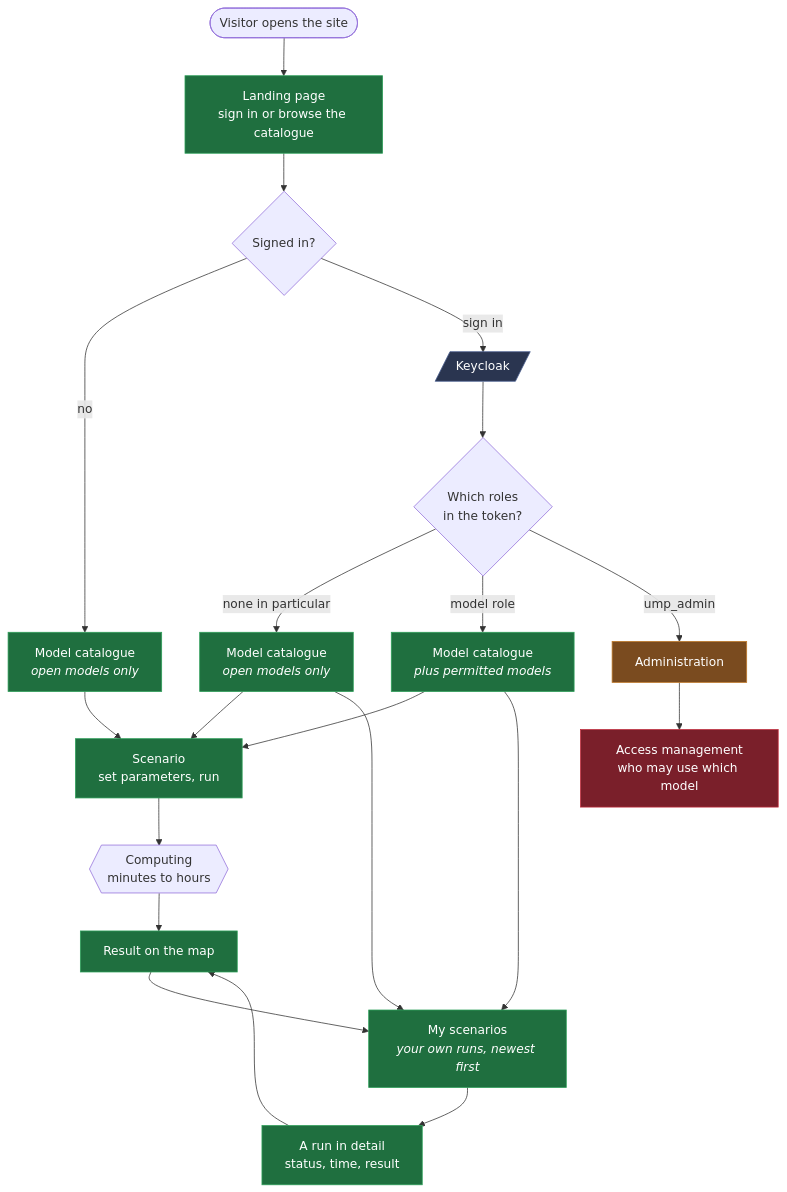
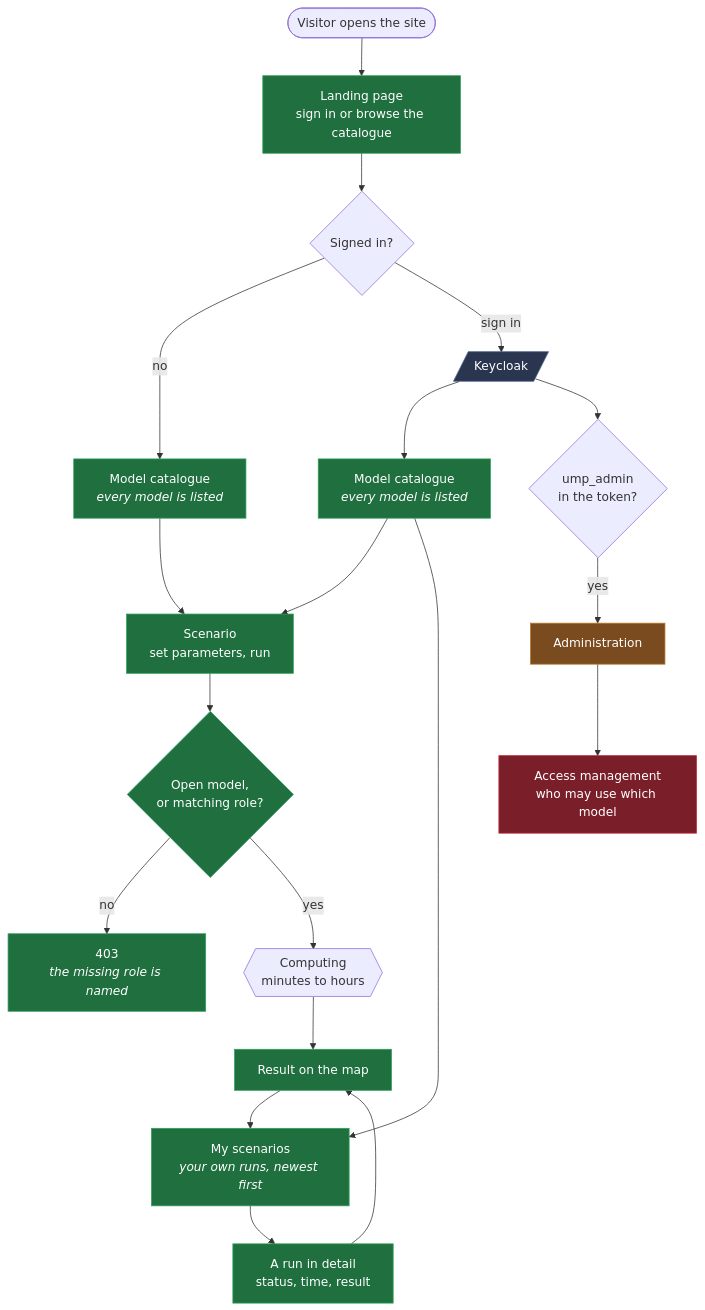
One commit to Urban-Futures-Collective/ump-x-frontend changed the first of 4 diagrams in docs/frontend-flow-en.md. Above: the diagram before and after it, drawn with Mermaid. The commit also changed other lines of this file and 2 other files, not shown here.

````diff
--- a/docs/frontend-flow-en.md
+++ b/docs/frontend-flow-en.md
@@ -18,43 +18,41 @@
 ```mermaid
 flowchart TD
     Start([Visitor opens the site])
     Start --> Landing["Landing page<br/>sign in or browse the catalogue"]
 
     Landing --> Q{Signed in?}
 
-    Q -->|no| Anon["Model catalogue<br/><i>open models only</i>"]
+    Q -->|no| Anon["Model catalogue<br/><i>every model is listed</i>"]
     Q -->|sign in| KC[/"Keycloak"/]
 
-    KC --> Roles{Which roles<br/>in the token?}
-
-    Roles -->|none in particular| Basic["Model catalogue<br/><i>open models only</i>"]
-    Roles -->|model role| More["Model catalogue<br/><i>plus permitted models</i>"]
-    Roles -->|ump_admin| Admin["Administration"]
+    KC --> Signed["Model catalogue<br/><i>every model is listed</i>"]
+    KC --> AdminQ{ump_admin<br/>in the token?}
+    AdminQ -->|yes| Admin["Administration"]
 
     Anon --> Run
-    Basic --> Run
-    More --> Run
+    Signed --> Run
 
     Run["Scenario<br/>set parameters, run"]
-    Run --> Wait{{"Computing<br/>minutes to hours"}}
+    Run --> Allowed{"Open model,<br/>or matching role?"}
+    Allowed -->|no| Denied["403<br/><i>the missing role is named</i>"]
+    Allowed -->|yes| Wait{{"Computing<br/>minutes to hours"}}
     Wait --> Map["Result on the map"]
 
-    Basic --> Mine
-    More --> Mine
+    Signed --> Mine
     Map --> Mine
     Mine["My scenarios<br/><i>your own runs, newest first</i>"]
     Mine --> Detail["A run in detail<br/>status, time, result"]
     Detail --> Map
 
     Admin --> Matrix["Access management<br/>who may use which model"]
 
     classDef built fill:#1f6f3f,stroke:#2ea05a,color:#fff
     classDef placeholder fill:#7a4b1f,stroke:#c07a2a,color:#fff
     classDef missing fill:#7a1f2a,stroke:#c02a3a,color:#fff
     classDef external fill:#2a3550,stroke:#4a6090,color:#fff
 
-    class Landing,Anon,Basic,More,Run,Map,Mine,Detail built
+    class Landing,Anon,Signed,Run,Allowed,Denied,Map,Mine,Detail built
     class Admin placeholder
     class Matrix missing
     class KC external
 ```
````
